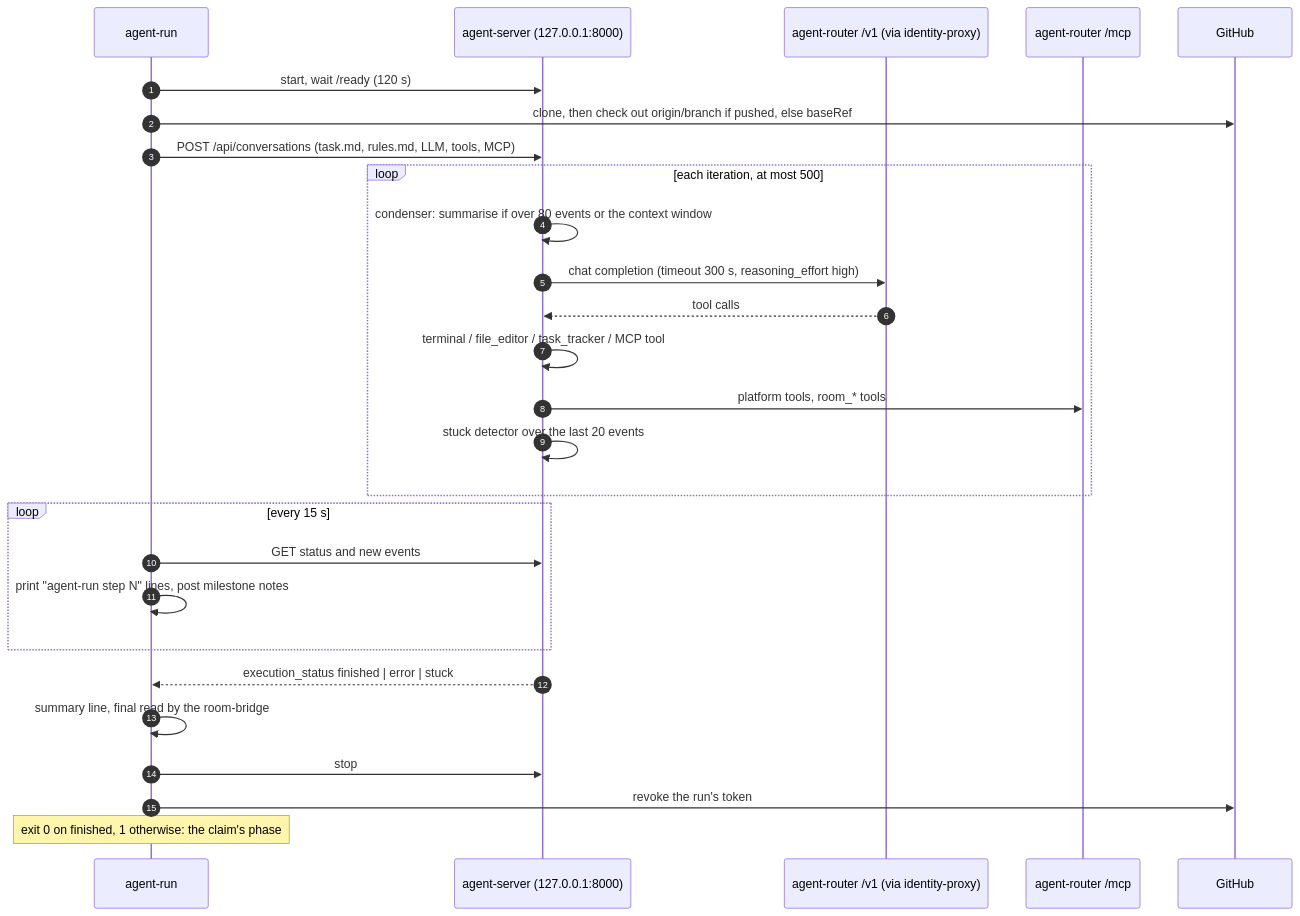
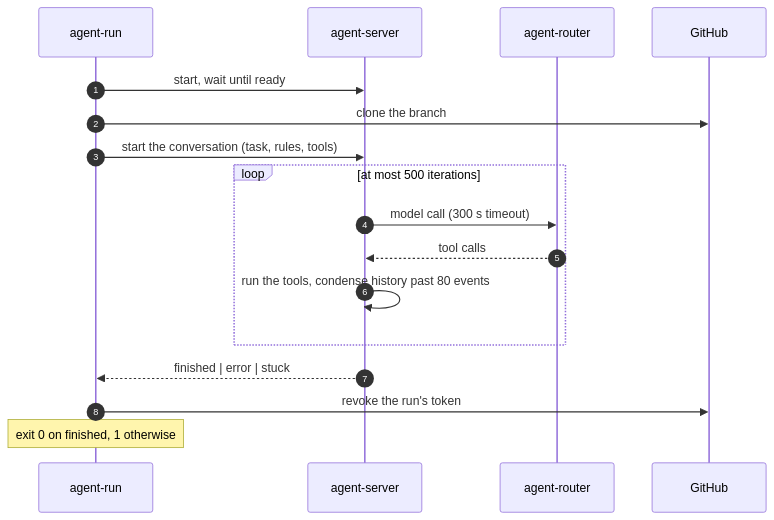
Before and after one commit to Smana/ai-native-ref: the first of 3 diagrams in website/content/docs/platform/ai-platform/agents/harness.md, drawn with Mermaid. The commit also changed other lines of this file and 2 other files, not shown here.

````diff
--- a/website/content/docs/platform/ai-platform/agents/harness.md
+++ b/website/content/docs/platform/ai-platform/agents/harness.md
@@ -41,29 +40,19 @@
 ```mermaid
 sequenceDiagram
   autonumber
   participant AR as agent-run
-  participant AS as agent-server (127.0.0.1:8000)
-  participant LLM as agent-router /v1 (via identity-proxy)
-  participant MCP as agent-router /mcp
+  participant AS as agent-server
+  participant LLM as agent-router
   participant GH as GitHub
-  AR->>AS: start, wait /ready (120 s)
-  AR->>GH: clone, then check out origin/branch if pushed, else baseRef
-  AR->>AS: POST /api/conversations (task.md, rules.md, LLM, tools, MCP)
-  loop each iteration, at most 500
-    AS->>AS: condenser: summarise if over 80 events or the context window
-    AS->>LLM: chat completion (timeout 300 s, reasoning_effort high)
+  AR->>AS: start, wait until ready
+  AR->>GH: clone the branch
+  AR->>AS: start the conversation (task, rules, tools)
+  loop at most 500 iterations
+    AS->>LLM: model call (300 s timeout)
     LLM-->>AS: tool calls
-    AS->>AS: terminal / file_editor / task_tracker / MCP tool
-    AS->>MCP: platform tools, room_* tools
-    AS->>AS: stuck detector over the last 20 events
+    AS->>AS: run the tools, condense history past 80 events
   end
-  loop every 15 s
-    AR->>AS: GET status and new events
-    AR->>AR: print "agent-run step N" lines, post milestone notes
-  end
-  AS-->>AR: execution_status finished | error | stuck
-  AR->>AR: summary line, final read by the room-bridge
-  AR->>AS: stop
+  AS-->>AR: finished | error | stuck
   AR->>GH: revoke the run's token
-  Note over AR: exit 0 on finished, 1 otherwise: the claim's phase
+  Note over AR: exit 0 on finished, 1 otherwise
 ```
````
